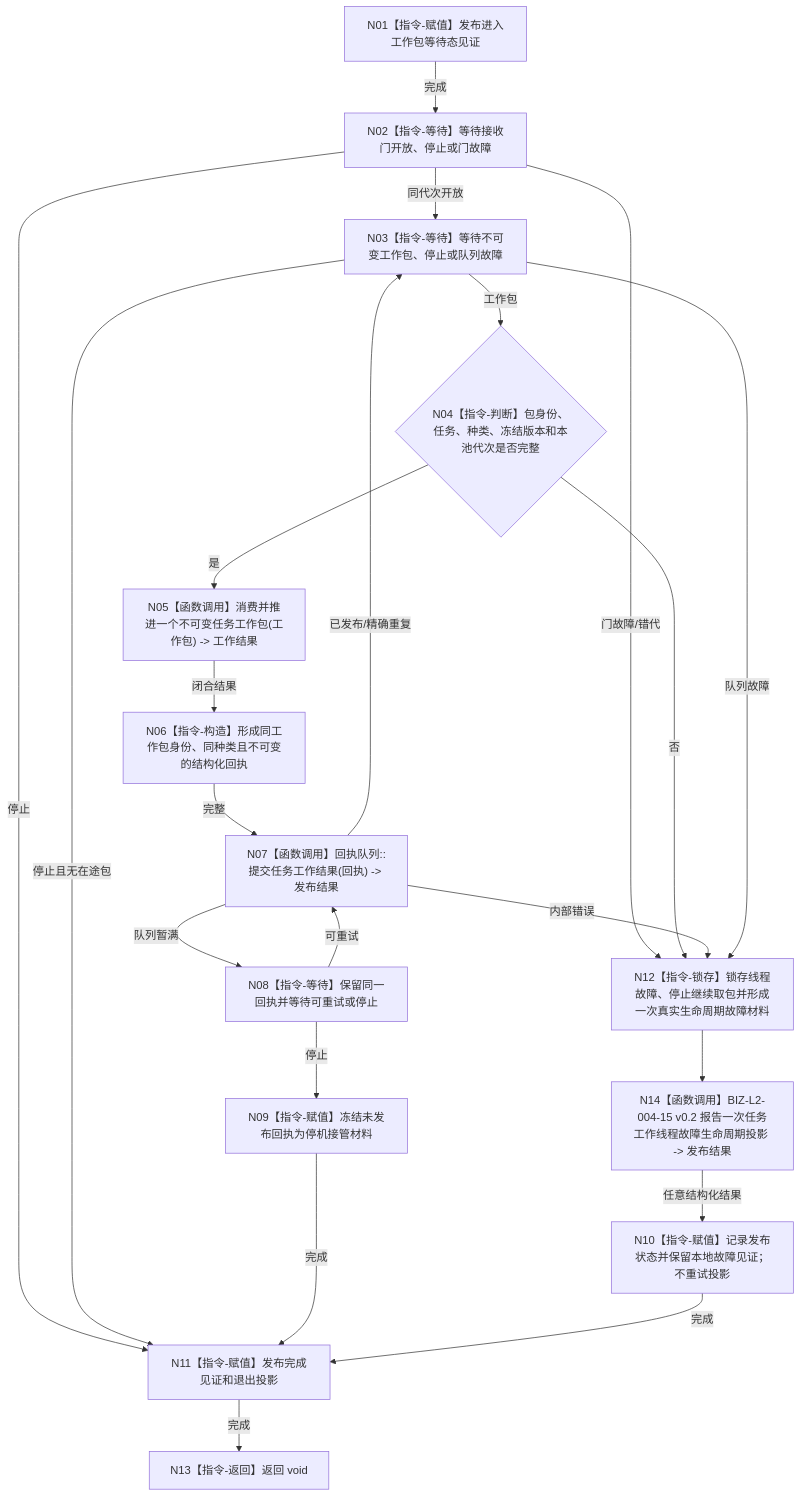
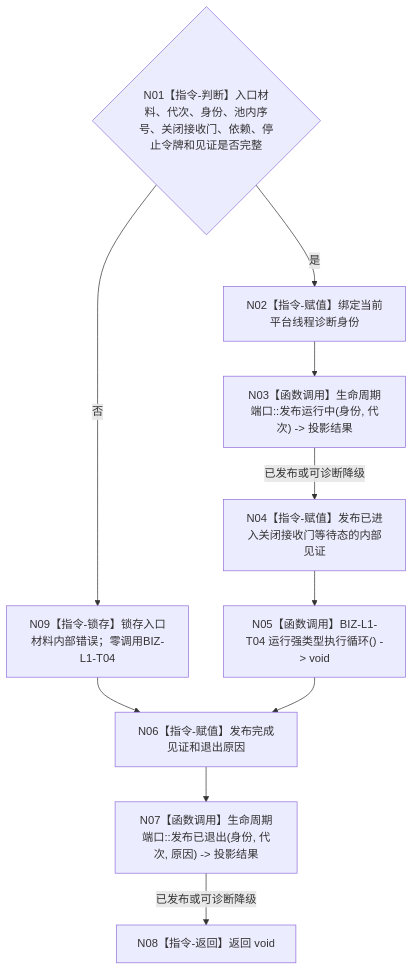
The diagram in 流程图/目标业务流程图/L4/BIZ-L4-001-05-01-02_运行任务工作线程入口_目标函数流程图_v0.1.md (chunhaizh-cyber/HY-Ego), drawn with Mermaid before and after one commit. The commit also changed other lines of this file and 16 other files, not shown here.

````diff
--- a/流程图/目标业务流程图/L4/BIZ-L4-001-05-01-02_运行任务工作线程入口_目标函数流程图_v0.1.md
+++ b/流程图/目标业务流程图/L4/BIZ-L4-001-05-01-02_运行任务工作线程入口_目标函数流程图_v0.1.md
@@ -31,24 +31,18 @@
 ```mermaid
 flowchart TD
- N01["N01【指令-赋值】发布进入工作包等待态见证"] -->|完成| N02["N02【指令-等待】等待接收门开放、停止或门故障"]
- N02 -->|停止| N11["N11【指令-赋值】发布完成见证和退出投影"]
- N02 -->|门故障/错代| N12["N12【指令-锁存】锁存线程故障、停止继续取包并形成一次真实生命周期故障材料"]
- N02 -->|同代次开放| N03["N03【指令-等待】等待不可变工作包、停止或队列故障"]
- N03 -->|工作包| N04{"N04【指令-判断】包身份、任务、种类、冻结版本和本池代次是否完整"}
- N04 -->|否| N12
- N04 -->|是| N05["N05【函数调用】消费并推进一个不可变任务工作包(工作包) -> 工作结果"]
- N05 -->|闭合结果| N06["N06【指令-构造】形成同工作包身份、同种类且不可变的结构化回执"]
- N06 -->|完整| N07["N07【函数调用】回执队列::提交任务工作结果(回执) -> 发布结果"]
- N07 -->|已发布/精确重复| N03
- N07 -->|队列暂满| N08["N08【指令-等待】保留同一回执并等待可重试或停止"]
- N08 -->|可重试| N07
- N08 -->|停止| N09["N09【指令-赋值】冻结未发布回执为停机接管材料"]
- N07 -->|内部错误| N12
- N03 -->|停止且无在途包| N11
- N03 -->|队列故障| N12
- N12 --> N14["N14【函数调用】BIZ-L2-004-15 v0.2 报告一次任务工作线程故障生命周期投影 -> 发布结果"]
- N14 -->|任意结构化结果| N10["N10【指令-赋值】记录发布状态并保留本地故障见证；不重试投影"]
- N09 -->|完成| N11
- N10 -->|完成| N11
- N11 -->|完成| N13["N13【指令-返回】返回 void"]
+ N01{"N01【指令-判断】入口材料、代次、身份、池内序号、关闭接收门、依赖、停止令牌和见证是否完整"}
+ N02["N02【指令-赋值】绑定当前平台线程诊断身份"]
+ N03["N03【函数调用】生命周期端口::发布运行中(身份, 代次) -> 投影结果"]
+ N04["N04【指令-赋值】发布已进入关闭接收门等待态的内部见证"]
+ N05["N05【函数调用】BIZ-L1-T04 运行强类型执行循环() -> void"]
+ N06["N06【指令-赋值】发布完成见证和退出原因"]
+ N07["N07【函数调用】生命周期端口::发布已退出(身份, 代次, 原因) -> 投影结果"]
+ N08["N08【指令-返回】返回 void"]
+ N09["N09【指令-锁存】锁存入口材料内部错误；零调用BIZ-L1-T04"]
+
+ N01 -->|否| N09 --> N06
+ N01 -->|是| N02 --> N03
+ N03 -->|已发布或可诊断降级| N04 --> N05 --> N06
+ N06 --> N07
+ N07 -->|已发布或可诊断降级| N08
 ```
````
